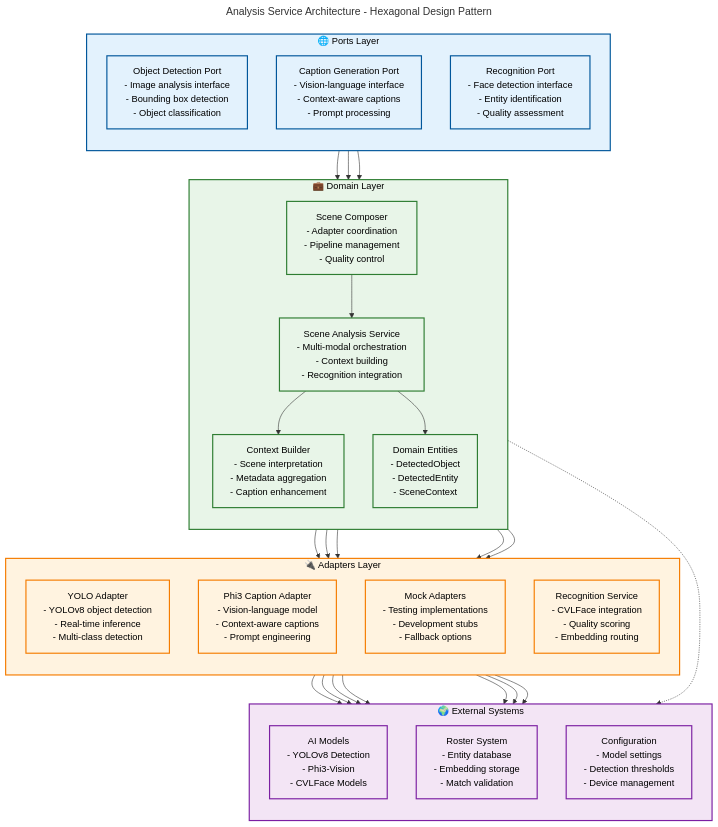
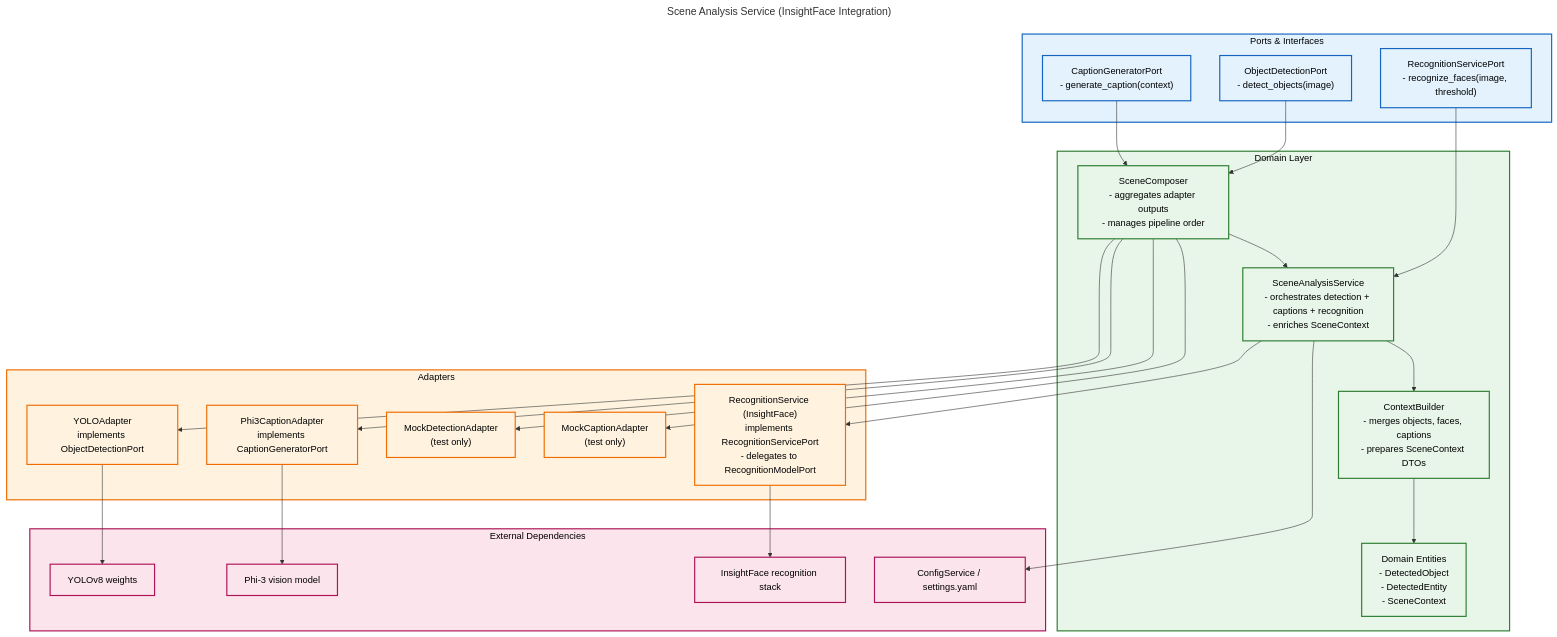
Before and after one commit to darce/context-alt-text-monorepo: the diagram in docs/architecture/backend-uml/analysis_service.mermaid, drawn with Mermaid. The commit also changed 11 other files, not shown here.

Commit message:
docs: sync UML, task list, and literature guides for recognition overhaul

```diff
--- a/docs/architecture/backend-uml/analysis_service.mermaid
+++ b/docs/architecture/backend-uml/analysis_service.mermaid
@@ -1,77 +1,64 @@
 ---
-title: Analysis Service Architecture - Hexagonal Design Pattern
+title: Scene Analysis Service (InsightFace Integration)
 ---
 flowchart TB
-    %% === PORTS LAYER (API Interfaces) ===
-    subgraph ports ["🌐 Ports Layer"]
-        direction TB
-        object_detector_port["Object Detection Port<br/>- Image analysis interface<br/>- Bounding box detection<br/>- Object classification"]
-        caption_generator_port["Caption Generation Port<br/>- Vision-language interface<br/>- Context-aware captions<br/>- Prompt processing"]
-        recognition_port["Recognition Port<br/>- Face detection interface<br/>- Entity identification<br/>- Quality assessment"]
+    %% Ports
+    subgraph ports["Ports & Interfaces"]
+        object_port["ObjectDetectionPort\n- detect_objects(image)"];
+        caption_port["CaptionGeneratorPort\n- generate_caption(context)"];
+        recognition_port["RecognitionServicePort\n- recognize_faces(image, threshold)"];
     end
 
-    %% === DOMAIN LAYER (Business Logic) ===
-    subgraph domain ["💼 Domain Layer"]
-        direction TB
-        scene_analysis_service["Scene Analysis Service<br/>- Multi-modal orchestration<br/>- Context building<br/>- Recognition integration"]
-        scene_composer["Scene Composer<br/>- Adapter coordination<br/>- Pipeline management<br/>- Quality control"]
-        context_builder["Context Builder<br/>- Scene interpretation<br/>- Metadata aggregation<br/>- Caption enhancement"]
-        entities["Domain Entities<br/>- DetectedObject<br/>- DetectedEntity<br/>- SceneContext"]
+    %% Domain
+    subgraph domain["Domain Layer"]
+        scene_analysis_service["SceneAnalysisService\n- orchestrates detection + captions + recognition\n- enriches SceneContext"];
+        scene_composer["SceneComposer\n- aggregates adapter outputs\n- manages pipeline order"];
+        context_builder["ContextBuilder\n- merges objects, faces, captions\n- prepares SceneContext DTOs"];
+        scene_entities["Domain Entities\n- DetectedObject\n- DetectedEntity\n- SceneContext"];
     end
 
-    %% === ADAPTERS LAYER (External Integrations) ===
-    subgraph adapters ["🔌 Adapters Layer"]
-        direction TB
-        yolo_adapter["YOLO Adapter<br/>- YOLOv8 object detection<br/>- Real-time inference<br/>- Multi-class detection"]
-        phi3_adapter["Phi3 Caption Adapter<br/>- Vision-language model<br/>- Context-aware captions<br/>- Prompt engineering"]
-        mock_adapters["Mock Adapters<br/>- Testing implementations<br/>- Development stubs<br/>- Fallback options"]
-        recognition_service["Recognition Service<br/>- CVLFace integration<br/>- Quality scoring<br/>- Embedding routing"]
+    %% Adapters
+    subgraph adapters["Adapters"]
+        yolo_adapter["YOLOAdapter\nimplements ObjectDetectionPort"];
+        phi3_adapter["Phi3CaptionAdapter\nimplements CaptionGeneratorPort"];
+        mock_detection["MockDetectionAdapter\n(test only)"];
+        mock_caption["MockCaptionAdapter\n(test only)"];
+        recognition_service_adapter["RecognitionService (InsightFace)\nimplements RecognitionServicePort\n- delegates to RecognitionModelPort"];
     end
 
-    %% === EXTERNAL SYSTEMS ===
-    subgraph external ["🌍 External Systems"]
-        direction TB
-        models["AI Models<br/>- YOLOv8 Detection<br/>- Phi3-Vision<br/>- CVLFace Models"]
-        roster_system["Roster System<br/>- Entity database<br/>- Embedding storage<br/>- Match validation"]
-        config_system["Configuration<br/>- Model settings<br/>- Detection thresholds<br/>- Device management"]
+    %% External
+    subgraph external["External Dependencies"]
+        yolo_model["YOLOv8 weights"];
+        phi3_model["Phi-3 vision model"];
+        recognition_service["InsightFace recognition stack"];
+        config_store["ConfigService / settings.yaml"];
     end
 
-    %% === PORT TO DOMAIN CONNECTIONS ===
-    object_detector_port --> scene_composer
-    caption_generator_port --> scene_composer
-    recognition_port --> scene_analysis_service
-    
-    scene_composer --> scene_analysis_service
-    scene_analysis_service --> context_builder
-    scene_analysis_service --> entities
-    
-    %% === DOMAIN TO ADAPTERS CONNECTIONS ===
-    scene_composer --> yolo_adapter
-    scene_composer --> phi3_adapter
-    scene_composer --> mock_adapters
-    
-    scene_analysis_service --> recognition_service
-    context_builder --> recognition_service
-    
-    %% === ADAPTERS TO EXTERNAL CONNECTIONS ===
-    yolo_adapter --> models
-    phi3_adapter --> models
-    recognition_service --> models
-    
-    recognition_service --> roster_system
-    scene_analysis_service -.-> roster_system
-    
-    yolo_adapter --> config_system
-    phi3_adapter --> config_system
-    recognition_service --> config_system
+    object_port --> scene_composer;
+    caption_port --> scene_composer;
+    recognition_port --> scene_analysis_service;
 
-    %% === STYLING ===
-    classDef portClass color:#000000,stroke:#01579b,stroke-width:2px,fill:#e3f2fd
-    classDef domainClass color:#000000,stroke:#2e7d32,stroke-width:2px,fill:#e8f5e8
-    classDef adapterClass color:#000000,stroke:#f57c00,stroke-width:2px,fill:#fff3e0
-    classDef externalClass color:#000000,stroke:#7b1fa2,stroke-width:2px,fill:#f3e5f5
+    scene_composer --> scene_analysis_service;
+    scene_analysis_service --> context_builder;
+    context_builder --> scene_entities;
 
-    class ports,object_detector_port,caption_generator_port,recognition_port portClass
-    class domain,scene_analysis_service,scene_composer,context_builder,entities domainClass
-    class adapters,yolo_adapter,phi3_adapter,mock_adapters,recognition_service adapterClass
-    class external,models,roster_system,config_system externalClass
+    scene_composer --> yolo_adapter;
+    scene_composer --> phi3_adapter;
+    scene_composer --> mock_detection;
+    scene_composer --> mock_caption;
+    scene_analysis_service --> recognition_service_adapter;
+
+    yolo_adapter --> yolo_model;
+    phi3_adapter --> phi3_model;
+    recognition_service_adapter --> recognition_service;
+    scene_analysis_service --> config_store;
+
+    classDef portsClass fill:#e3f2fd,stroke:#1565c0,color:#000,stroke-width:2px;
+    classDef domainClass fill:#e8f5e9,stroke:#2e7d32,color:#000,stroke-width:2px;
+    classDef adapterClass fill:#fff3e0,stroke:#ef6c00,color:#000,stroke-width:2px;
+    classDef externalClass fill:#fce4ec,stroke:#ad1457,color:#000,stroke-width:2px;
+
+    class ports,object_port,caption_port,recognition_port portsClass;
+    class domain,scene_analysis_service,scene_composer,context_builder,scene_entities domainClass;
+    class adapters,yolo_adapter,phi3_adapter,mock_detection,mock_caption,recognition_service_adapter adapterClass;
+    class external,yolo_model,phi3_model,recognition_service,config_store externalClass;
```
